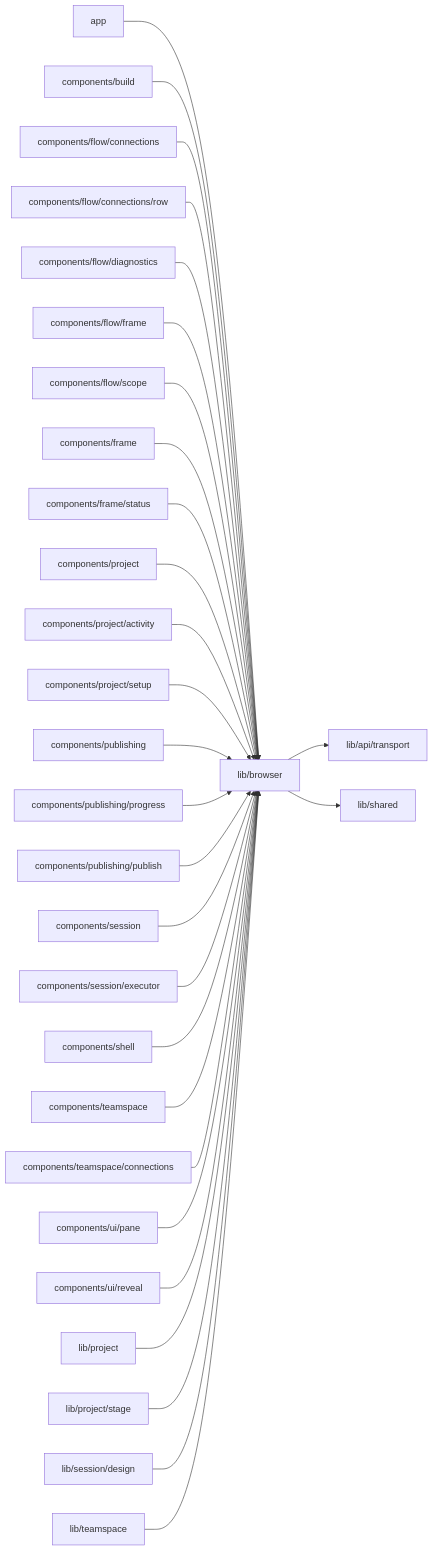
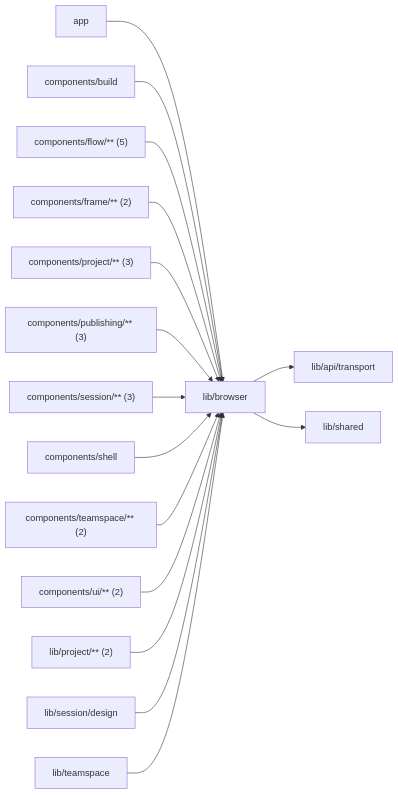
One commit to superdurable/superverse changed the diagram in web/studio/lib/browser/README.md. Above: the diagram before and after it, drawn with Mermaid. The commit also changed other lines of this file and 167 other files, not shown here.

````diff
--- a/web/studio/lib/browser/README.md
+++ b/web/studio/lib/browser/README.md
@@ -10,32 +10,19 @@
 ```mermaid
 flowchart LR
   self["lib/browser"]
   c0["app"] --> self
   c1["components/build"] --> self
-  c2["components/flow/connections"] --> self
-  c3["components/flow/connections/row"] --> self
-  c4["components/flow/diagnostics"] --> self
-  c5["components/flow/frame"] --> self
-  c6["components/flow/scope"] --> self
-  c7["components/frame"] --> self
-  c8["components/frame/status"] --> self
-  c9["components/project"] --> self
-  c10["components/project/activity"] --> self
-  c11["components/project/setup"] --> self
-  c12["components/publishing"] --> self
-  c13["components/publishing/progress"] --> self
-  c14["components/publishing/publish"] --> self
-  c15["components/session"] --> self
-  c16["components/session/executor"] --> self
-  c17["components/shell"] --> self
-  c18["components/teamspace"] --> self
-  c19["components/teamspace/connections"] --> self
-  c20["components/ui/pane"] --> self
-  c21["components/ui/reveal"] --> self
-  c22["lib/project"] --> self
-  c23["lib/project/stage"] --> self
-  c24["lib/session/design"] --> self
-  c25["lib/teamspace"] --> self
+  c2["components/flow/** (5)"] --> self
+  c3["components/frame/** (2)"] --> self
+  c4["components/project/** (3)"] --> self
+  c5["components/publishing/** (3)"] --> self
+  c6["components/session/** (3)"] --> self
+  c7["components/shell"] --> self
+  c8["components/teamspace/** (2)"] --> self
+  c9["components/ui/** (2)"] --> self
+  c10["lib/project/** (2)"] --> self
+  c11["lib/session/design"] --> self
+  c12["lib/teamspace"] --> self
   self --> d0["lib/api/transport"]
   self --> d1["lib/shared"]
 ```
````
